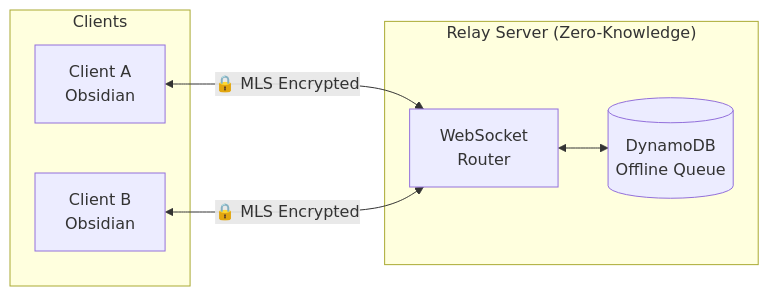
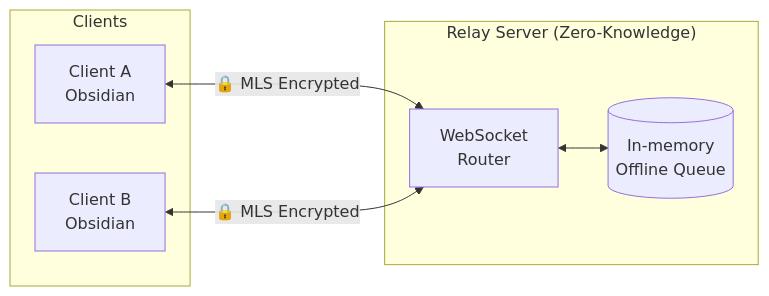
The first of 2 diagrams in README.md (cajias/obsidian-ee), drawn with Mermaid before and after one commit. The commit also changed other lines of this file and 22 other files, not shown here.

````diff
--- a/README.md
+++ b/README.md
@@ -107,16 +113,16 @@
 ```mermaid
 flowchart LR
     subgraph Clients
         A[Client A<br/>Obsidian]
         B[Client B<br/>Obsidian]
     end
 
     subgraph Server["Relay Server (Zero-Knowledge)"]
         R[WebSocket<br/>Router]
-        Q[(DynamoDB<br/>Offline Queue)]
+        Q[(In-memory<br/>Offline Queue)]
     end
 
     A <-->|"🔒 MLS Encrypted"| R
     B <-->|"🔒 MLS Encrypted"| R
     R <--> Q
 ```
````
